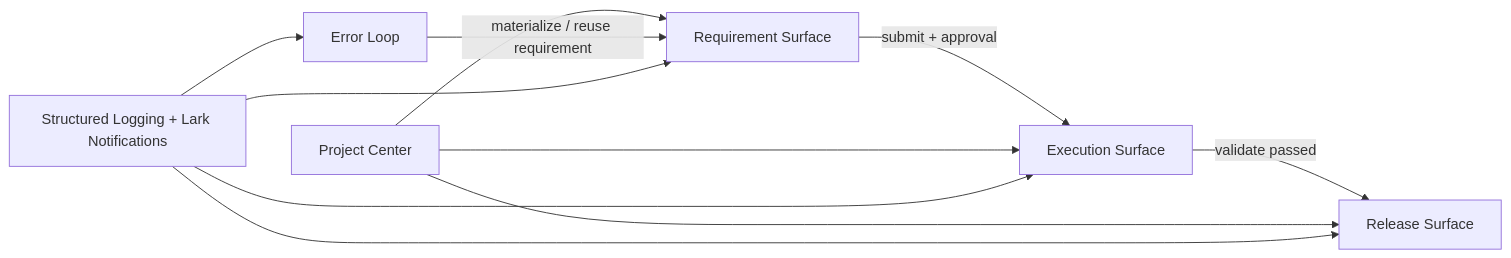
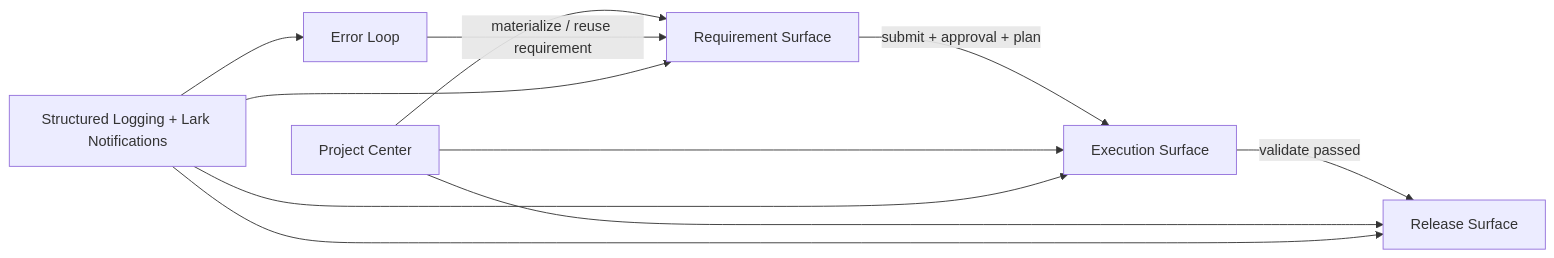
One commit to SynapseNetworkAI/Synapse-Network-Growing changed the diagram in docs/design-docs/company-ops-latest-architecture.md. Above: the diagram before and after it, drawn with Mermaid. The commit also changed other lines of this file and 15 other files, not shown here.

````diff
--- a/docs/design-docs/company-ops-latest-architecture.md
+++ b/docs/design-docs/company-ops-latest-architecture.md
@@ -15,13 +15,13 @@
 ```mermaid
 flowchart LR
-    R["Requirement Surface"] -->|submit + approval| E["Execution Surface"]
+    R["Requirement Surface"] -->|submit + approval + plan| E["Execution Surface"]
     E -->|validate passed| L["Release Surface"]
     P["Project Center"] --> R
     P --> E
     P --> L
     X["Error Loop"] -->|materialize / reuse requirement| R
     N["Structured Logging + Lark Notifications"] --> R
     N --> E
     N --> L
     N --> X
 ```
````
